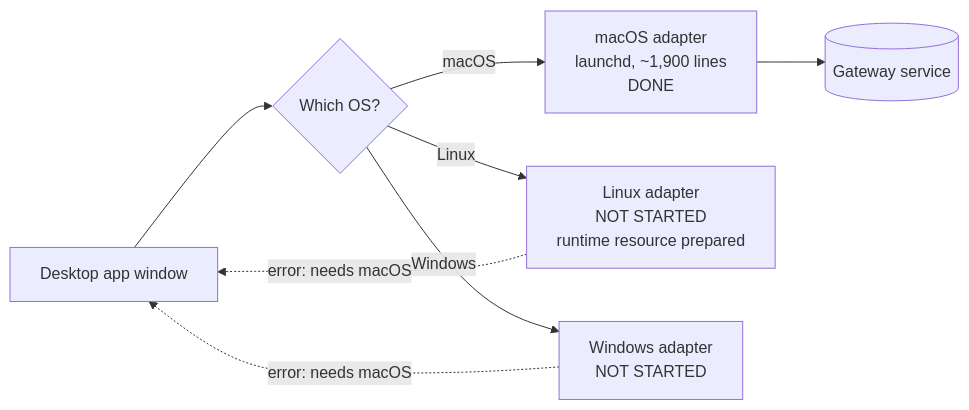
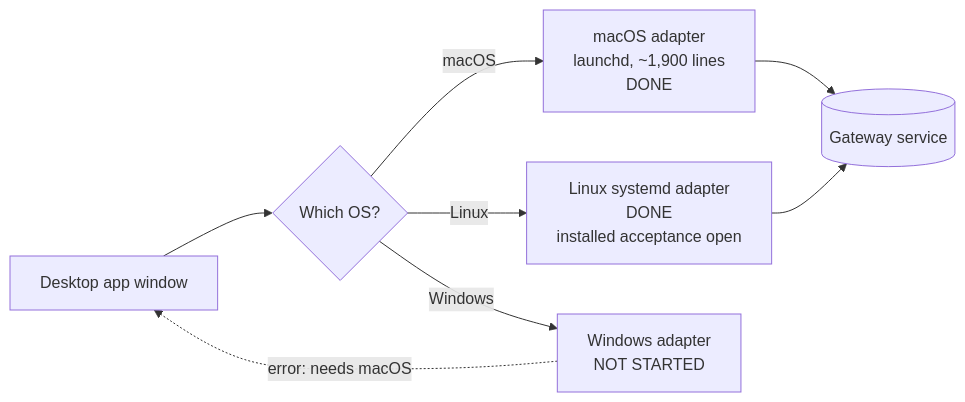
One commit to nessalabs/nessa-agent changed the first of 7 diagrams in docs/todo/desktop-linux-windows-plan.md. Above: the diagram before and after it, drawn with Mermaid. The commit also changed other lines of this file and 3 other files, not shown here.

````diff
--- a/docs/todo/desktop-linux-windows-plan.md
+++ b/docs/todo/desktop-linux-windows-plan.md
@@ -19,14 +21,14 @@
 ```mermaid
 flowchart LR
     App[Desktop app window]
     Host{Which OS?}
     Mac[macOS adapter<br/>launchd, ~1,900 lines<br/>DONE]
-    Lin[Linux adapter<br/>NOT STARTED<br/>runtime resource prepared]
+    Lin[Linux systemd adapter<br/>DONE<br/>installed acceptance open]
     Win[Windows adapter<br/>NOT STARTED]
     GW[(Gateway service)]
 
     App --> Host
     Host -->|macOS| Mac --> GW
-    Host -->|Linux| Lin -.->|"error: needs macOS"| App
+    Host -->|Linux| Lin --> GW
     Host -->|Windows| Win -.->|"error: needs macOS"| App
 ```
````
